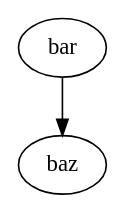
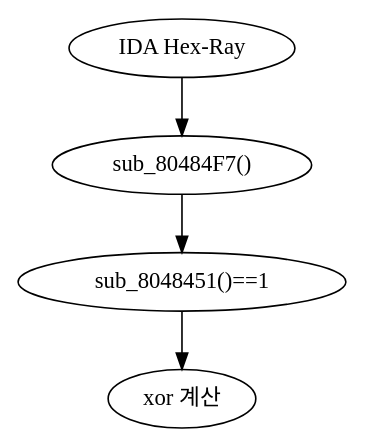
The diagram in docs/reversing/[reversing] easy elf.rst (joizel/ctf_writeup), drawn with Graphviz before and after one commit. The commit also changed other lines of this file and 1 other file, not shown here.

Commit message:
replace
replace

```diff
--- a/docs/reversing/[reversing] easy elf.rst
+++ b/docs/reversing/[reversing] easy elf.rst
@@ -5,5 +5,5 @@
 .. graphviz::
 
     digraph foo {
-        "bar" -> "baz";
+        "IDA Hex-Ray" -> "sub_80484F7()" -> "sub_8048451()==1" -> "xor 계산";
     }
```
